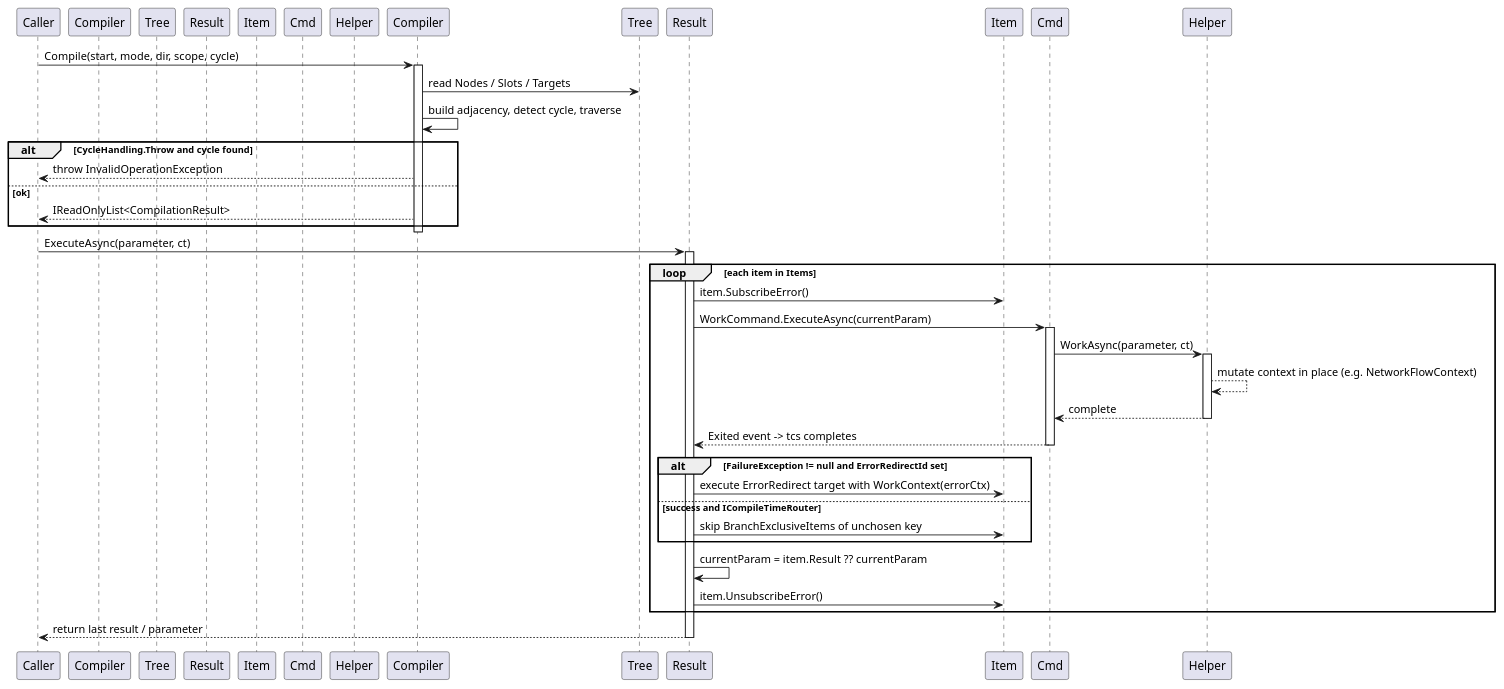
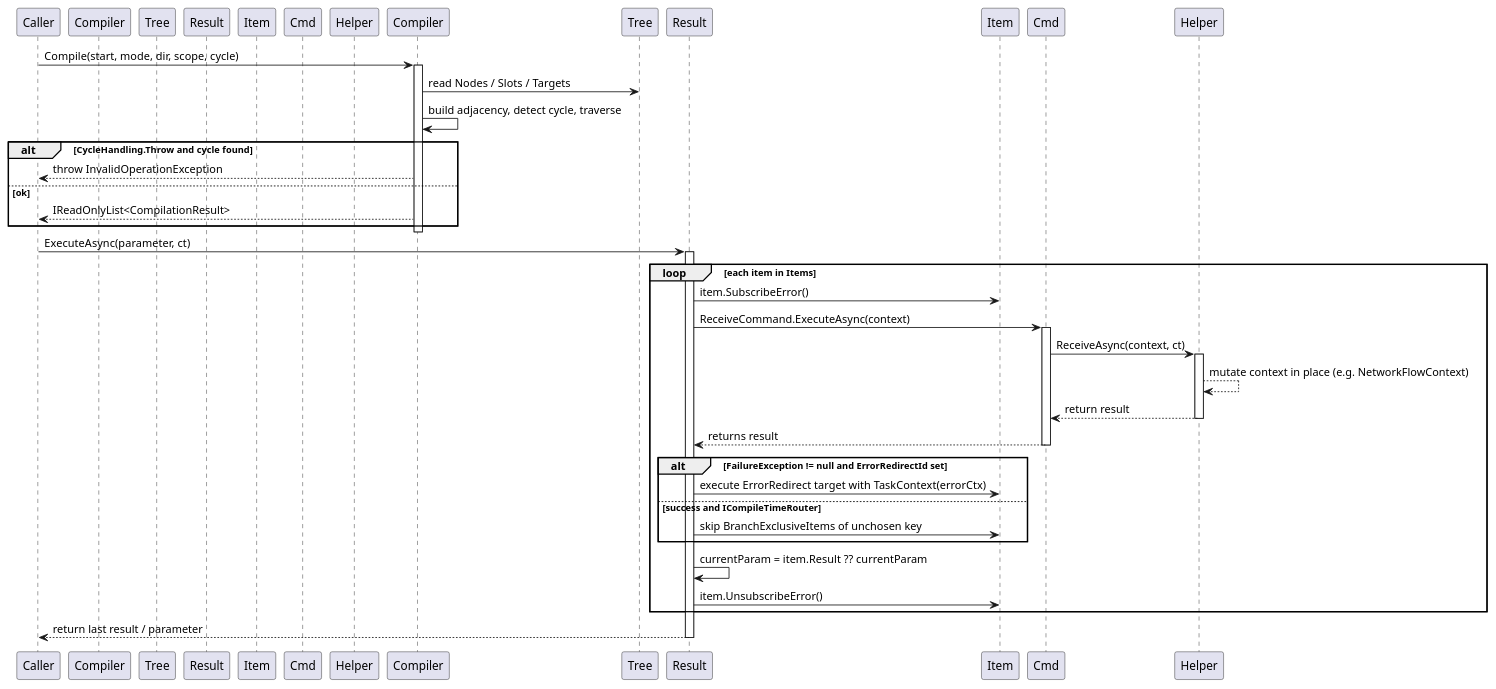
Before and after one commit to Axvser/VeloxDev.Docs: the third of 4 diagrams in src/CloudGlyph/Assets/Docs/content/en/3_SE_Analysis/3_data_flow/0_WorkflowSystem/index.md, drawn with PlantUML. The commit also changed other lines of this file and 9 other files, not shown here.

Commit message:
Docs: 同步 WorkflowSystem V7 API 重命名(ReceiveCommand/ReceiveAsync/ITaskContext,移除 WorkCommand/WorkAsync/WorkContext)

````diff
--- a/src/CloudGlyph/Assets/Docs/content/en/3_SE_Analysis/3_data_flow/0_WorkflowSystem/index.md
+++ b/src/CloudGlyph/Assets/Docs/content/en/3_SE_Analysis/3_data_flow/0_WorkflowSystem/index.md
@@ -121,46 +121,46 @@
 ```plantuml
 @startuml
     participant Caller
     participant Compiler as WorkflowCompiler
     participant Tree as IWorkflowTreeViewModel
     participant Result as CompilationResult
     participant Item as CompiledItem
-    participant Cmd as WorkCommand
+    participant Cmd as ReceiveCommand
     participant Helper as NodeHelper
 
     Caller -> Compiler: Compile(start, mode, dir, scope, cycle)
     activate Compiler
     Compiler -> Tree: read Nodes / Slots / Targets
     Compiler -> Compiler: build adjacency, detect cycle, traverse
     alt CycleHandling.Throw and cycle found
         Compiler --> Caller: throw InvalidOperationException
     else ok
         Compiler --> Caller: IReadOnlyList<CompilationResult>
     end
     deactivate Compiler
 
     Caller -> Result: ExecuteAsync(parameter, ct)
     activate Result
     loop each item in Items
         Result -> Item: item.SubscribeError()
-        Result -> Cmd: WorkCommand.ExecuteAsync(currentParam)
+        Result -> Cmd: ReceiveCommand.ExecuteAsync(context)
         activate Cmd
-        Cmd -> Helper: WorkAsync(parameter, ct)
+        Cmd -> Helper: ReceiveAsync(context, ct)
         activate Helper
         Helper --> Helper: mutate context in place (e.g. NetworkFlowContext)
-        Helper --> Cmd: complete
+        Helper --> Cmd: return result
         deactivate Helper
-        Cmd --> Result: Exited event -> tcs completes
+        Cmd --> Result: returns result
         deactivate Cmd
         alt FailureException != null and ErrorRedirectId set
-            Result -> Item: execute ErrorRedirect target with WorkContext(errorCtx)
+            Result -> Item: execute ErrorRedirect target with TaskContext(errorCtx)
         else success and ICompileTimeRouter
             Result -> Item: skip BranchExclusiveItems of unchosen key
         end
         Result -> Result: currentParam = item.Result ?? currentParam
         Result -> Item: item.UnsubscribeError()
     end
     Result --> Caller: return last result / parameter
     deactivate Result
 @enduml
 ```
````
